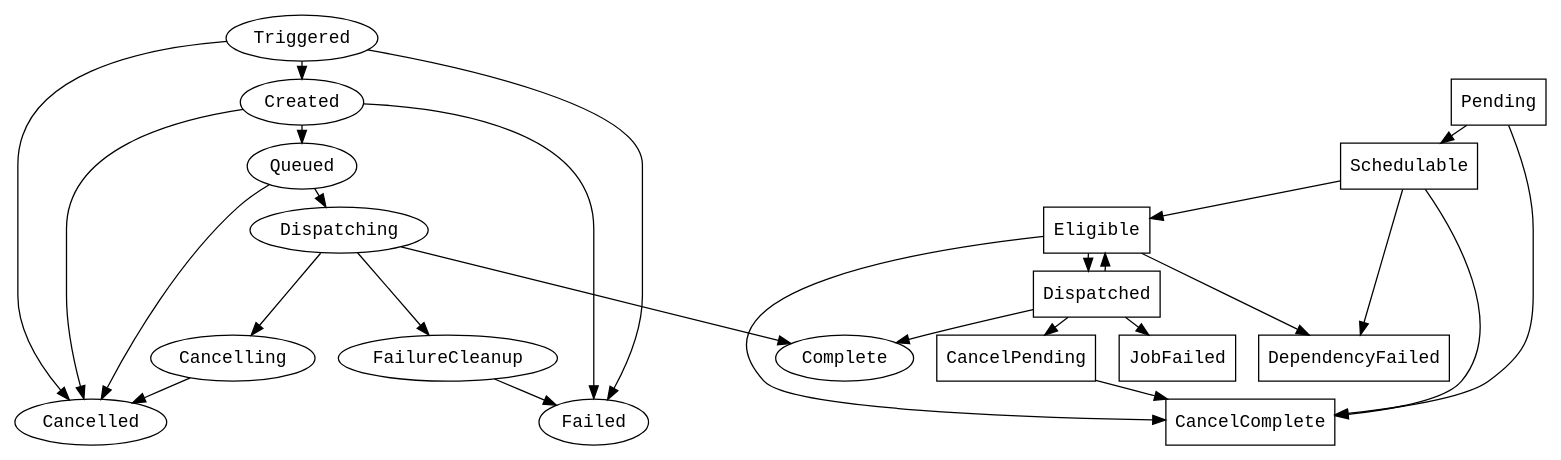
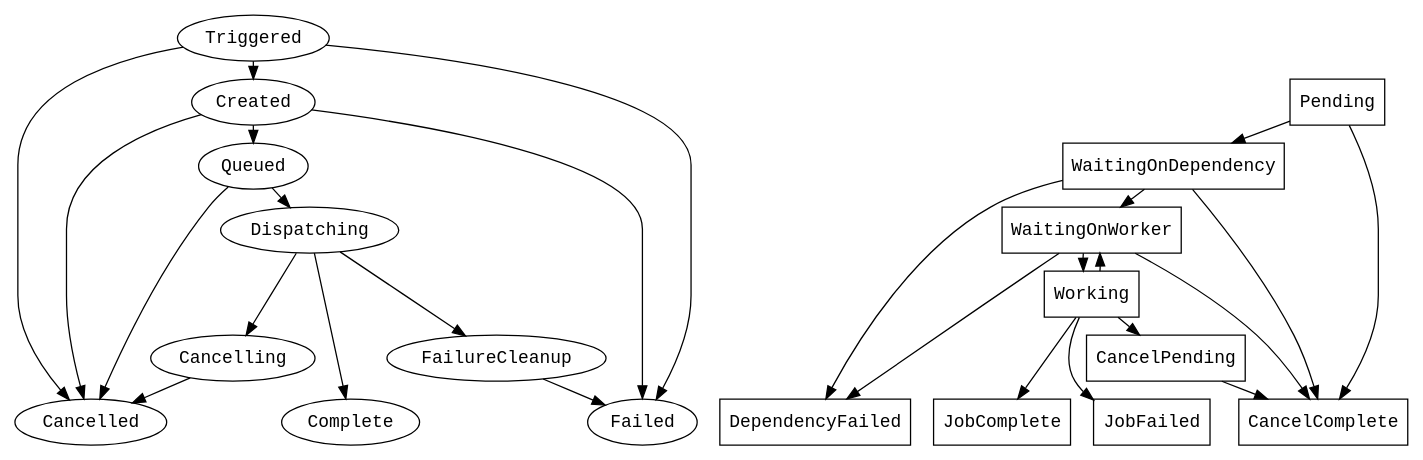
The diagram in components/builder-jobsrv/docs/states.dot (habitat-sh/builder), drawn with Graphviz before and after one commit. The commit also changed other lines of this file and 3 other files, not shown here.

```diff
--- a/components/builder-jobsrv/docs/states.dot
+++ b/components/builder-jobsrv/docs/states.dot
@@ -1,74 +1,79 @@
 digraph STATES {
 
   ranksep=0.2;
 
 ////////////////////////////////////////////////////////////////////////
 // Group states
 node[fontname="Courier", shape=oval];
 Triggered;
 Created;
 Queued;
 Dispatching;
 Complete;
 FailureCleanup;
 Failed;
 Cancelling;
 Cancelled;
 
 Triggered -> Created;
 Triggered -> Failed;
 Triggered -> Cancelled;
 
 Created -> Queued;
 Created -> Failed;
 Created -> Cancelled;
 
 Queued -> Dispatching;
 Queued -> Cancelled;
 
 Dispatching -> Complete;
 Dispatching -> FailureCleanup;
 Dispatching -> Cancelling;
 
 FailureCleanup -> Failed;
 
 Cancelling -> Cancelled;
 
 ////////////////////////////////////////////////////////////////////////
 // Job states
 node[fontname="Courier", shape=box];
 Pending;
-Schedulable;
-Eligible;
-Dispatched;
-Complete;
+WaitingOnDependency;
+WaitingOnWorker;
+Working;
+JobComplete;
 JobFailed;
 DependencyFailed;
 CancelPending;
 CancelComplete;
 
-Pending -> Schedulable;
+Pending -> WaitingOnDependency; 
 Pending -> CancelComplete;
 
-Schedulable -> Eligible;
-Schedulable -> DependencyFailed;
-Schedulable -> CancelComplete;
+WaitingOnDependency -> WaitingOnWorker;
+WaitingOnDependency -> DependencyFailed;
+WaitingOnDependency -> CancelComplete;
 
-Eligible -> Dispatched;
-Eligible -> CancelComplete;
-Eligible -> DependencyFailed;
+WaitingOnWorker -> Working;
+WaitingOnWorker -> CancelComplete;
+WaitingOnWorker -> DependencyFailed;
 
-Dispatched -> Complete; // Complete
-Dispatched -> JobFailed; // FatalError
-Dispatched -> Eligible; // NonFatalError
-Dispatched -> CancelPending;
+Working -> JobComplete; // Complete
+Working -> JobFailed; // FatalError
+Working -> WaitingOnWorker; // NonFatalError
+Working -> CancelPending;
 
 CancelPending -> CancelComplete;
 
+{rank=same; JobFailed JobComplete DependencyFailed CancelComplete}
+
 // Cross FSM relationships
 {rank=same; Created Pending}
-{rank=same; Dispatching Eligible}
+{rank=same; Dispatching WaitingOnWorker}
 
-{rank=same; Complete FailureCleanup Cancelling CancelPending DependencyFailed }
+{rank=same; Cancelling FailureCleanup}
 
+{rank=same; Complete Failed Cancelled }
+
+{rank=same; Complete JobComplete}
 }
```
